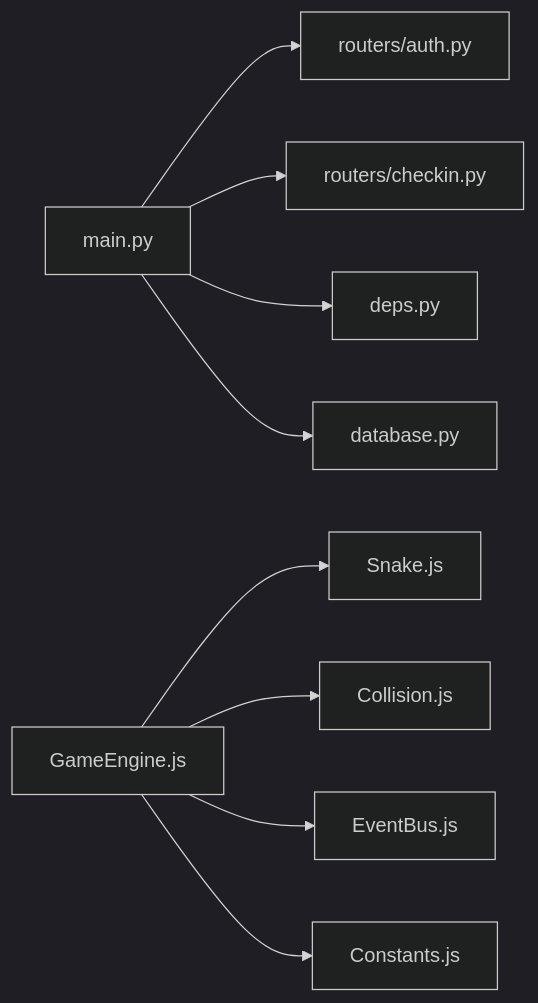
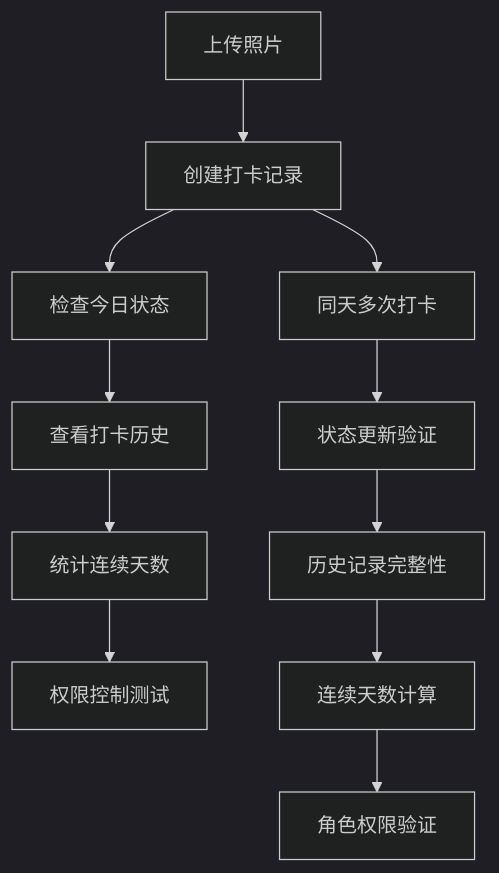
Before and after one commit to onebody/homework: the sixth of 8 diagrams in .qoder/repowiki/zh/content/测试策略.md, drawn with Mermaid (dark theme). The commit also changed other lines of this file and 15 other files, not shown here.

````diff
--- a/.qoder/repowiki/zh/content/测试策略.md
+++ b/.qoder/repowiki/zh/content/测试策略.md
@@ -320,11 +267,13 @@
 ```mermaid
-graph LR
-Main["main.py"] --> Auth["routers/auth.py"]
-Main --> Checkin["routers/checkin.py"]
-Main --> Deps["deps.py"]
-Main --> DB["database.py"]
-Game["GameEngine.js"] --> Snake["Snake.js"]
-Game --> Coll["Collision.js"]
-Game --> Bus["EventBus.js"]
-Game --> Const["Constants.js"]
+flowchart TD
+A["上传照片"] --> B["创建打卡记录"]
+B --> C["检查今日状态"]
+C --> D["查看打卡历史"]
+D --> E["统计连续天数"]
+E --> F["权限控制测试"]
+B --> SameDay["同天多次打卡"]
+SameDay --> StatusUpdate["状态更新验证"]
+StatusUpdate --> HistoryCheck["历史记录完整性"]
+HistoryCheck --> StreakCalc["连续天数计算"]
+StreakCalc --> RoleCheck["角色权限验证"]
 ```
````
